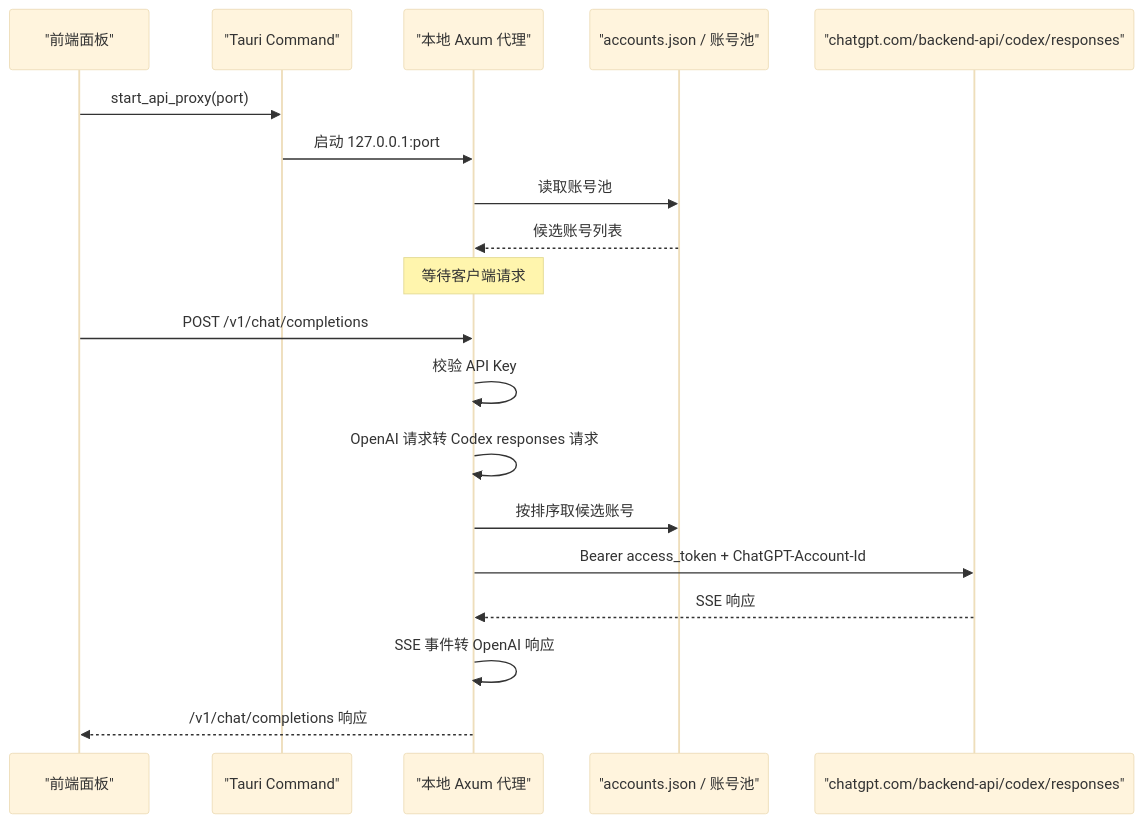
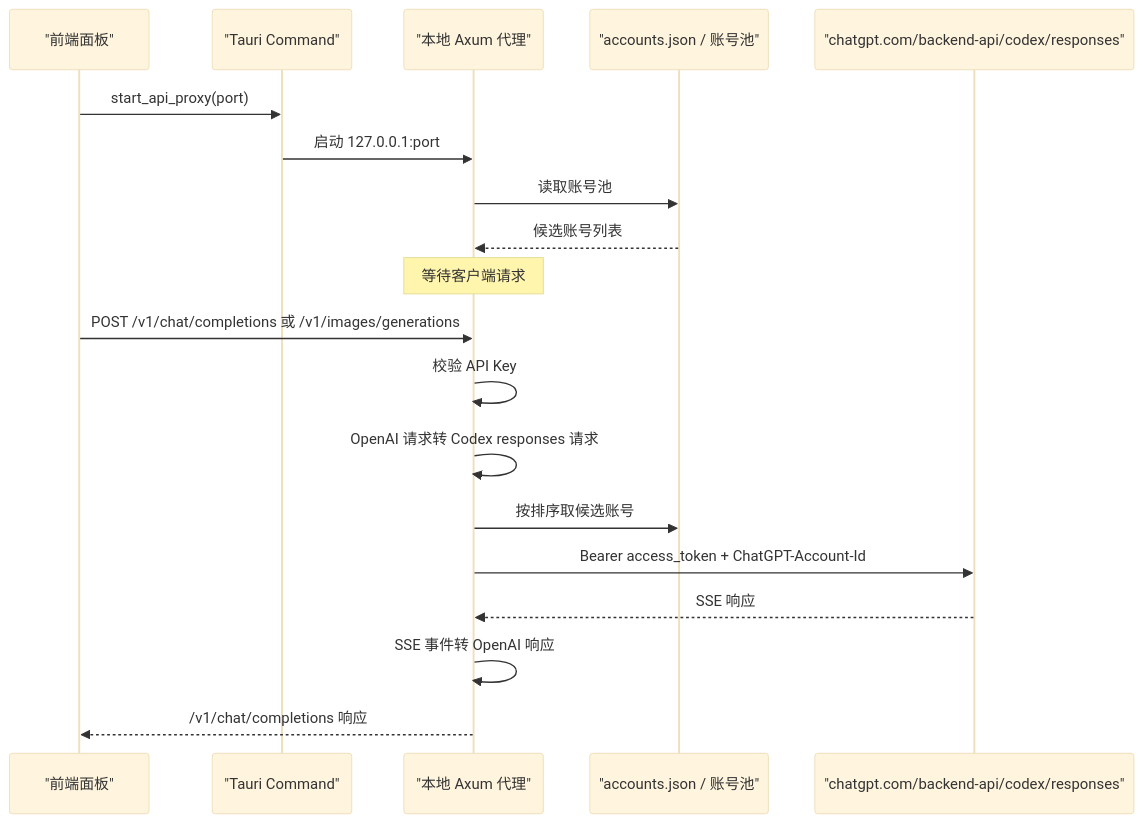
The diagram in docs/api-proxy.md (170-carry/codex-tools), drawn with Mermaid (base theme) before and after one commit. The commit also changed other lines of this file and 18 other files, not shown here.

````diff
--- a/docs/api-proxy.md
+++ b/docs/api-proxy.md
@@ -48,24 +51,24 @@
 ```mermaid
 sequenceDiagram
     participant UI as "前端面板"
     participant Tauri as "Tauri Command"
     participant Local as "本地 Axum 代理"
     participant Store as "accounts.json / 账号池"
     participant Upstream as "chatgpt.com/backend-api/codex/responses"
 
     UI->>Tauri: start_api_proxy(port)
     Tauri->>Local: 启动 127.0.0.1:port
     Local->>Store: 读取账号池
     Store-->>Local: 候选账号列表
 
     Note over Local: 等待客户端请求
 
-    UI->>Local: POST /v1/chat/completions
+    UI->>Local: POST /v1/chat/completions 或 /v1/images/generations
     Local->>Local: 校验 API Key
     Local->>Local: OpenAI 请求转 Codex responses 请求
     Local->>Store: 按排序取候选账号
     Local->>Upstream: Bearer access_token + ChatGPT-Account-Id
     Upstream-->>Local: SSE 响应
     Local->>Local: SSE 事件转 OpenAI 响应
     Local-->>UI: /v1/chat/completions 响应
 ```
````
